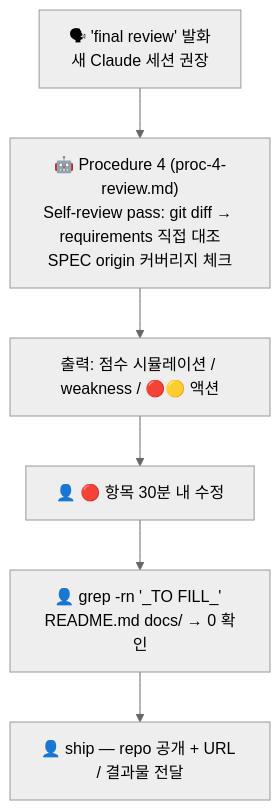
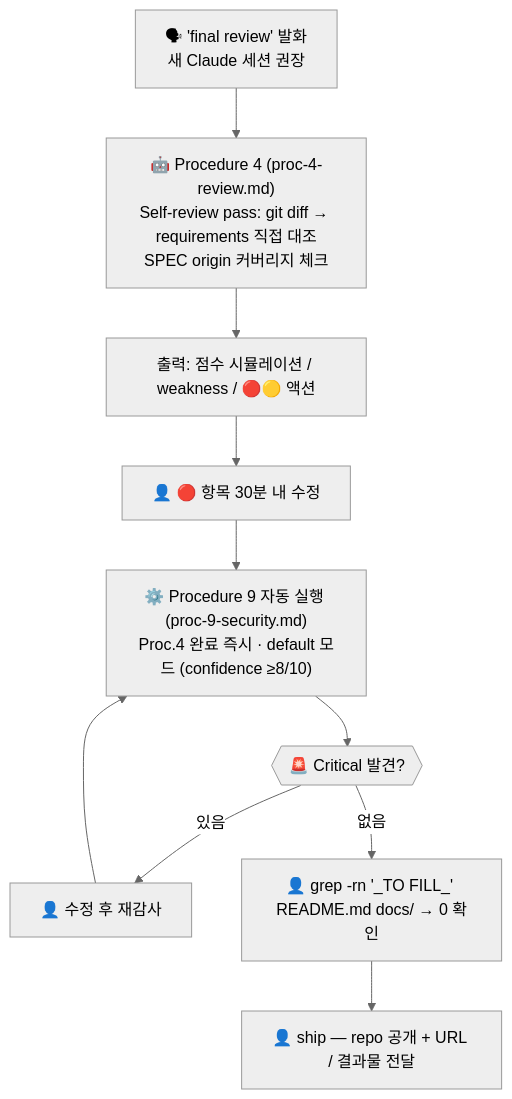
One commit to JayKim88/craft-kit changed the seventh of 7 diagrams in docs/GUIDE.md. Above: the diagram before and after it, drawn with Mermaid (neutral theme). The commit also changed other lines of this file and 8 other files, not shown here.

First line of the commit message:
feat(kit): add procedure 9 security audit with Phase E auto-run [§-]

````diff
--- a/docs/GUIDE.md
+++ b/docs/GUIDE.md
@@ -181,11 +181,16 @@
 ```mermaid
 flowchart TD
     E1["🗣 'final review' 발화\n새 Claude 세션 권장"]
     E2["🤖 Procedure 4 (proc-4-review.md)\nSelf-review pass: git diff → requirements 직접 대조\nSPEC origin 커버리지 체크"]
     E3["출력: 점수 시뮬레이션 / weakness / 🔴🟡 액션"]
     E4["👤 🔴 항목 30분 내 수정"]
-    E5["👤 grep -rn '_TO FILL_' README.md docs/ → 0 확인"]
-    E6["👤 ship — repo 공개 + URL / 결과물 전달"]
+    E5["⚙️ Procedure 9 자동 실행 (proc-9-security.md)\nProc.4 완료 즉시 · default 모드 (confidence ≥8/10)"]
+    E6{{"🚨 Critical 발견?"}}
+    Ea["👤 수정 후 재감사"]
+    Eb["👤 grep -rn '_TO FILL_' README.md docs/ → 0 확인"]
+    E7["👤 ship — repo 공개 + URL / 결과물 전달"]
 
     E1 --> E2 --> E3 --> E4 --> E5 --> E6
+    E6 -- "있음" --> Ea --> E5
+    E6 -- "없음" --> Eb --> E7
 ```
````
